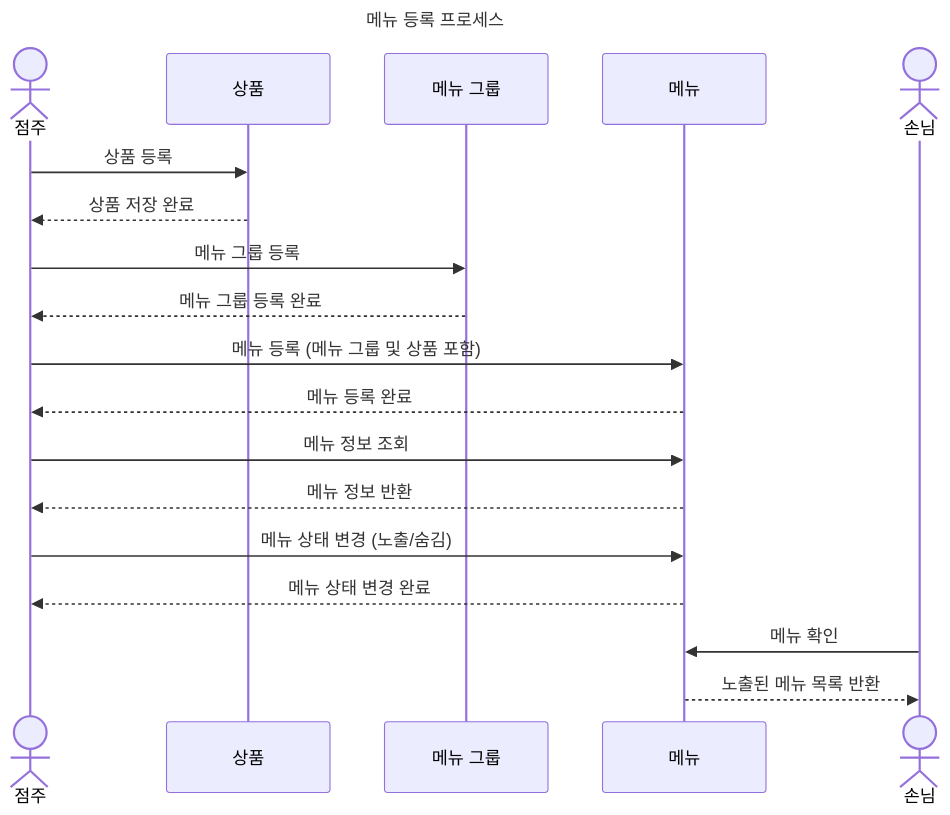
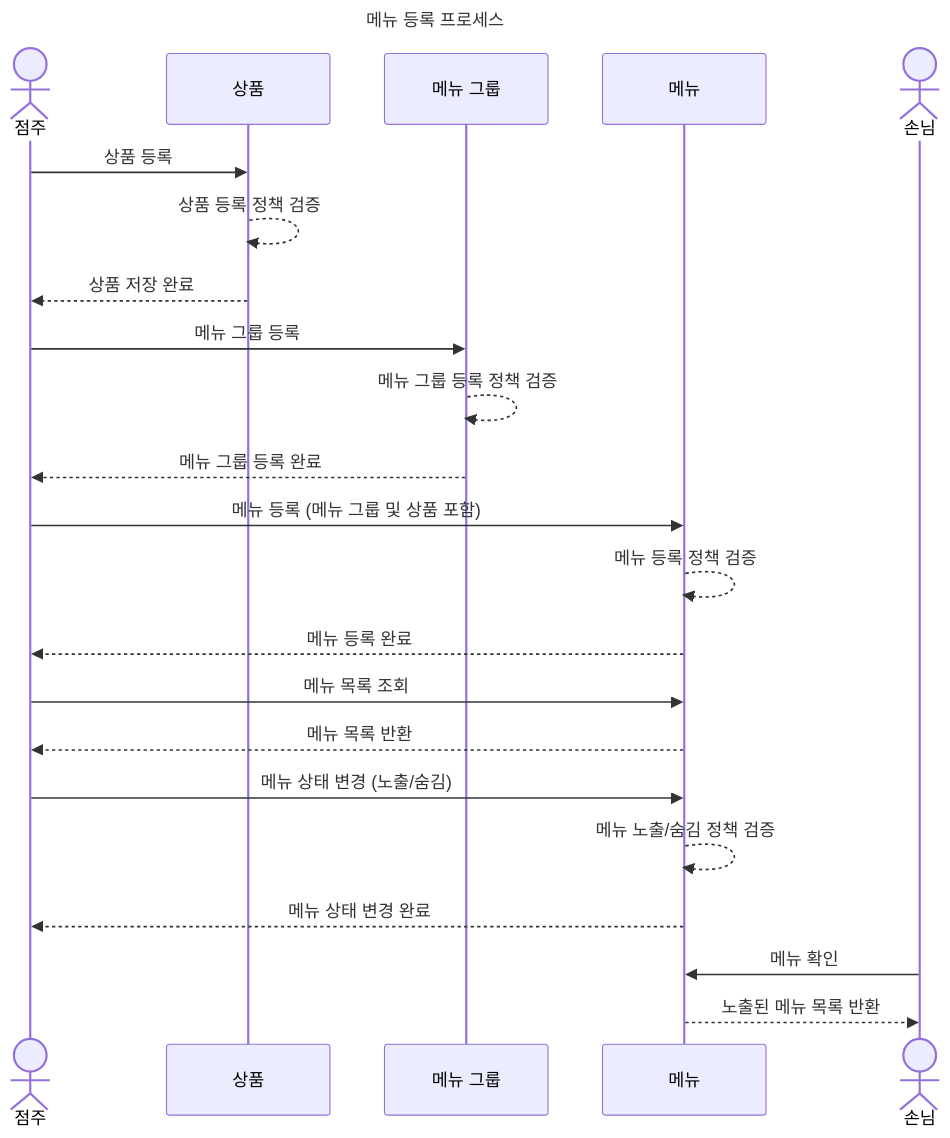
The first of 6 diagrams in README.md (next-step/ddd-strategic-design), drawn with Mermaid before and after one commit. The commit also changed other lines of this file, not shown here.

Commit message:
docs: 메뉴 등록 프로세스 변경

````diff
--- a/README.md
+++ b/README.md
@@ -269,27 +268,31 @@
 ```mermaid
 %% Sequence Diagram: 메뉴 등록 프로세스
 sequenceDiagram
     title 메뉴 등록 프로세스
     actor 점주 as 점주
     participant 상품
     participant 메뉴 그룹
     participant 메뉴
     actor 손님 as 손님
 
     점주->>상품: 상품 등록
+    상품-->>상품: 상품 등록 정책 검증 
     상품-->>점주: 상품 저장 완료
 
     점주->>메뉴 그룹: 메뉴 그룹 등록
+    메뉴 그룹-->>메뉴 그룹: 메뉴 그룹 등록 정책 검증
     메뉴 그룹-->>점주: 메뉴 그룹 등록 완료
 
     점주->>메뉴: 메뉴 등록 (메뉴 그룹 및 상품 포함)
+    메뉴-->>메뉴: 메뉴 등록 정책 검증
     메뉴-->>점주: 메뉴 등록 완료
-    점주->>메뉴: 메뉴 정보 조회
-    메뉴-->>점주: 메뉴 정보 반환
+    점주->>메뉴: 메뉴 목록 조회
+    메뉴-->>점주: 메뉴 목록 반환
 
     점주->>메뉴: 메뉴 상태 변경 (노출/숨김)
+    메뉴-->>메뉴: 메뉴 노출/숨김 정책 검증
     메뉴-->>점주: 메뉴 상태 변경 완료
 
     손님->>메뉴: 메뉴 확인
     메뉴-->>손님: 노출된 메뉴 목록 반환
 ```
````
